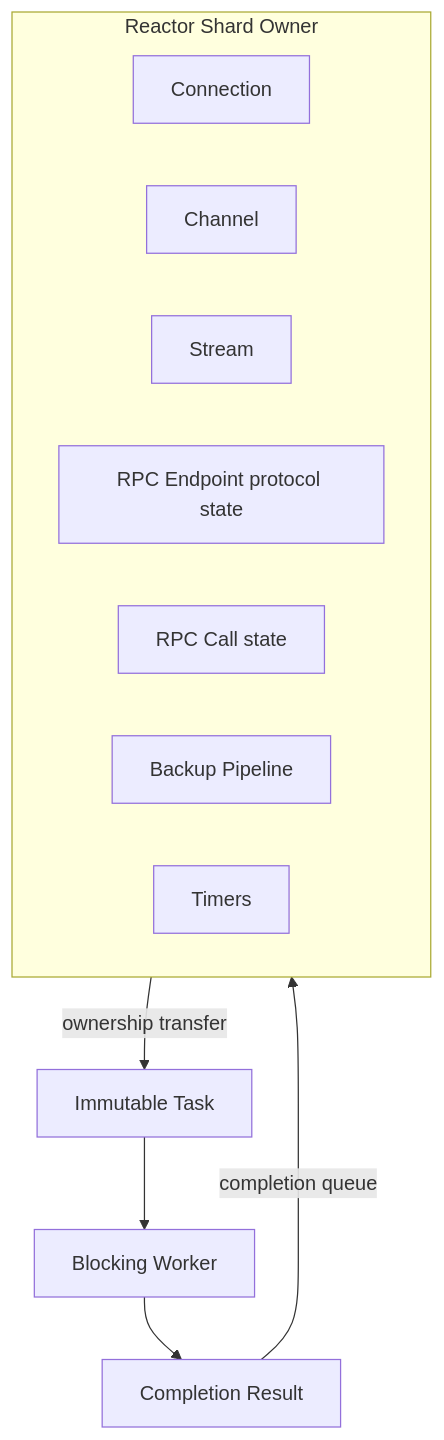
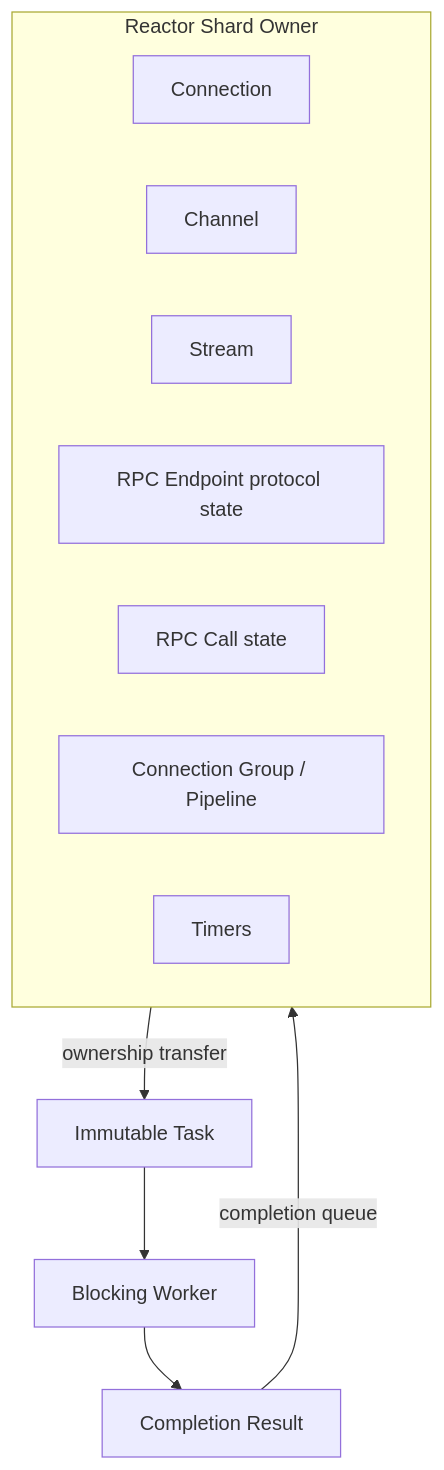
One commit to MyBlackHole/c-trpc changed the diagram in docs/architecture/02-ownership.md. Above: the diagram before and after it, drawn with Mermaid. The commit also changed other lines of this file, not shown here.

````diff
--- a/docs/architecture/02-ownership.md
+++ b/docs/architecture/02-ownership.md
@@ -7,21 +7,21 @@
 ```mermaid
 flowchart TB
     subgraph R["Reactor Shard Owner"]
         C["Connection"]
         CH["Channel"]
         S["Stream"]
         EP["RPC Endpoint protocol state"]
         CALL["RPC Call state"]
-        P["Backup Pipeline"]
+        P["Connection Group / Pipeline"]
         T["Timers"]
     end
 
     TASK["Immutable Task"]
     W["Blocking Worker"]
     RES["Completion Result"]
 
     R -->|"ownership transfer"| TASK
     TASK --> W
     W --> RES
     RES -->|"completion queue"| R
 ```
````
